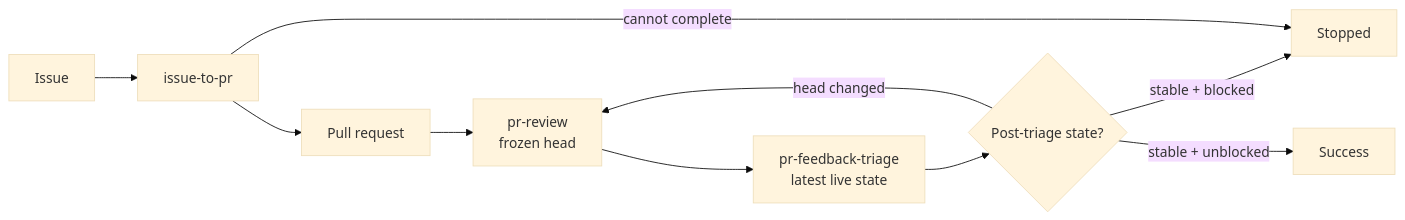
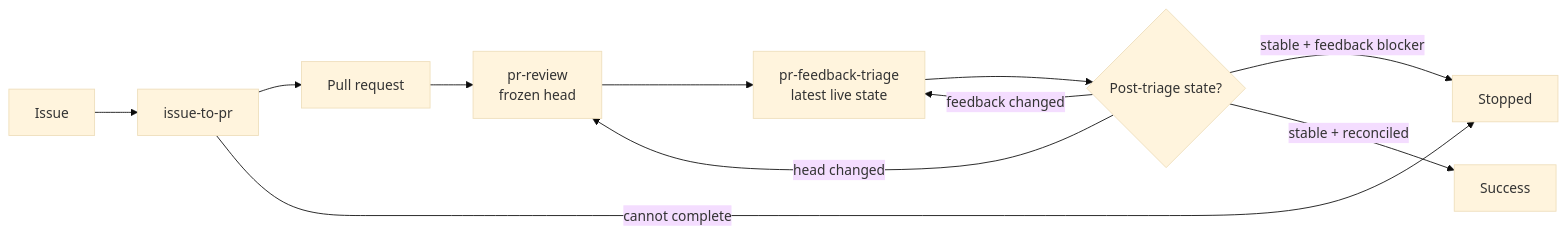
One commit to dceoy/pr-loop changed the diagram in README.md. Above: the diagram before and after it, drawn with Mermaid (base theme). The commit also changed other lines of this file and 5 other files, not shown here.

````diff
--- a/README.md
+++ b/README.md
@@ -16,11 +16,12 @@
 ```mermaid
 flowchart LR
   I[Issue] --> P[issue-to-pr] --> PR[Pull request]
   PR --> R[pr-review<br/>frozen head]
   R --> F[pr-feedback-triage<br/>latest live state]
   F --> D{Post-triage state?}
   D -->|head changed| R
-  D -->|stable + blocked| X[Stopped]
-  D -->|stable + unblocked| S[Success]
+  D -->|feedback changed| F
+  D -->|stable + feedback blocker| X[Stopped]
+  D -->|stable + reconciled| S[Success]
   P -->|cannot complete| X
 ```
````
